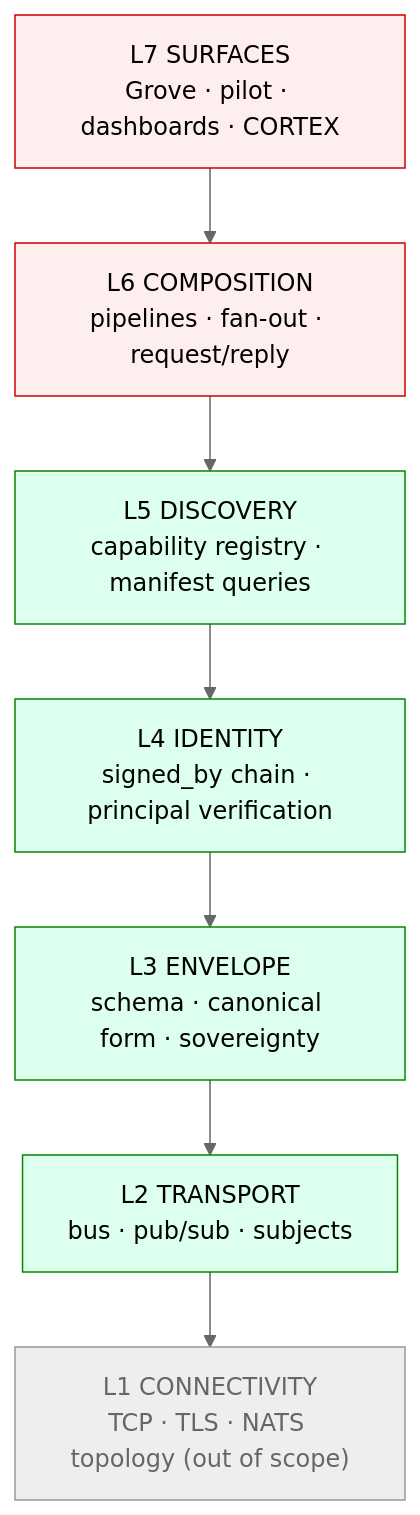
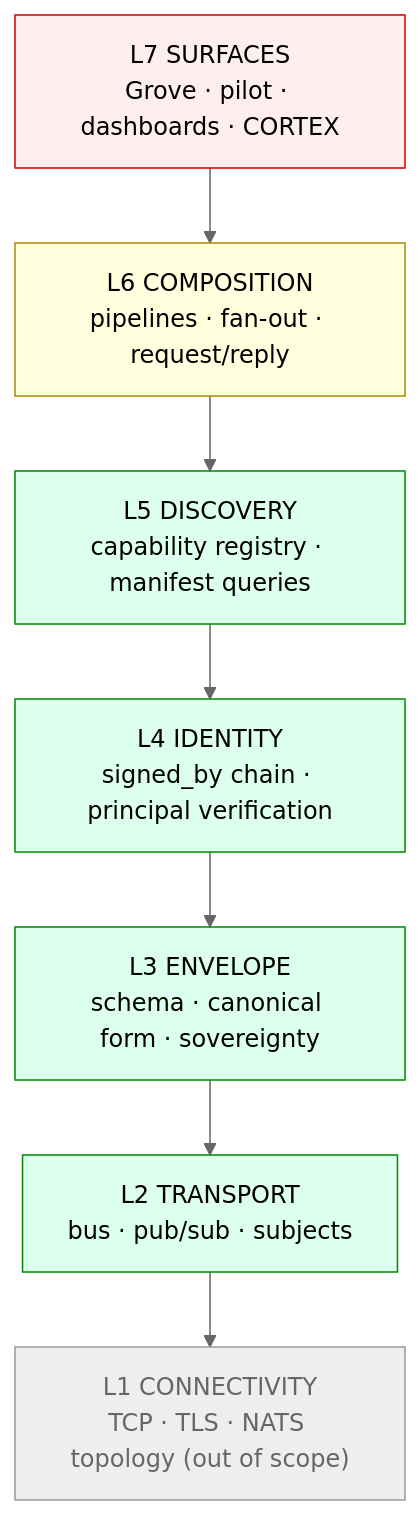
Before and after one commit to the-metafactory/myelin: the diagram in docs/architecture.md, drawn with Mermaid (neutral theme). The commit also changed other lines of this file, not shown here.

Commit message:
docs(architecture): drop forward-ref CI-guard claim; L6 own mermaid class (Sage review #198)
Sage flagged two things:
- [blocker] The maintenance-obligation line asserted a CI guard
  (scripts/check-architecture-coverage.ts) that this docs-only PR does
  not add — it lands in the D8 PR (#204, stacked on this branch). Removed
  the sentence here; D8 adds it together with the actual guard.
- [suggestion] L6 was in the 'pend' mermaid class while described as
  partially implemented. Gave L6 its own 'partial' class.

````diff
--- a/docs/architecture.md
+++ b/docs/architecture.md
@@ -48,17 +48,19 @@
 ```mermaid
 flowchart TB
   L7["L7 SURFACES<br/>Grove · pilot · dashboards · CORTEX"]
   L6["L6 COMPOSITION<br/>pipelines · fan-out · request/reply"]
   L5["L5 DISCOVERY<br/>capability registry · manifest queries"]
   L4["L4 IDENTITY<br/>signed_by chain · principal verification"]
   L3["L3 ENVELOPE<br/>schema · canonical form · sovereignty"]
   L2["L2 TRANSPORT<br/>bus · pub/sub · subjects"]
   L1["L1 CONNECTIVITY<br/>TCP · TLS · NATS topology (out of scope)"]
   L7 --> L6 --> L5 --> L4 --> L3 --> L2 --> L1
   classDef oos fill:#eee,stroke:#999,color:#666;
   classDef impl fill:#dfe,stroke:#080;
+  classDef partial fill:#ffd,stroke:#a80;
   classDef pend fill:#fee,stroke:#c00;
   class L1 oos;
   class L2,L3,L4,L5 impl;
-  class L6,L7 pend;
+  class L6 partial;
+  class L7 pend;
 ```
````
